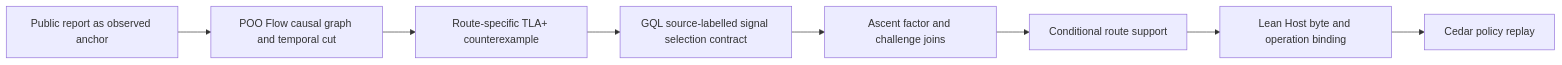
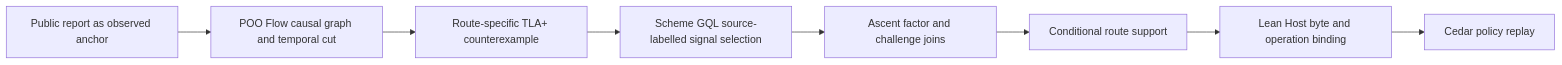
The second of 3 diagrams in user-interface/scenarios/exchange/cases/signing-trust-chain/README.org (tao3k/lambda-episteme), drawn with Mermaid before and after one commit. The commit also changed other lines of this file and 7 other files, not shown here.

Commit message:
Run Exchange GQL signal selection in Scheme Flow

```diff
--- a/user-interface/scenarios/exchange/cases/signing-trust-chain/README.org
+++ b/user-interface/scenarios/exchange/cases/signing-trust-chain/README.org
@@ -277,10 +272,10 @@
 #+begin_src mermaid
 flowchart LR
   O[Public report as observed anchor] --> P[POO Flow causal graph and temporal cut]
   P --> T[Route-specific TLA+ counterexample]
-  T --> G[GQL source-labelled signal selection contract]
+  T --> G[Scheme GQL source-labelled signal selection]
   G --> A[Ascent factor and challenge joins]
   A --> R[Conditional route support]
   R --> L[Lean Host byte and operation binding]
   L --> C[Cedar policy replay]
 #+end_src
```
